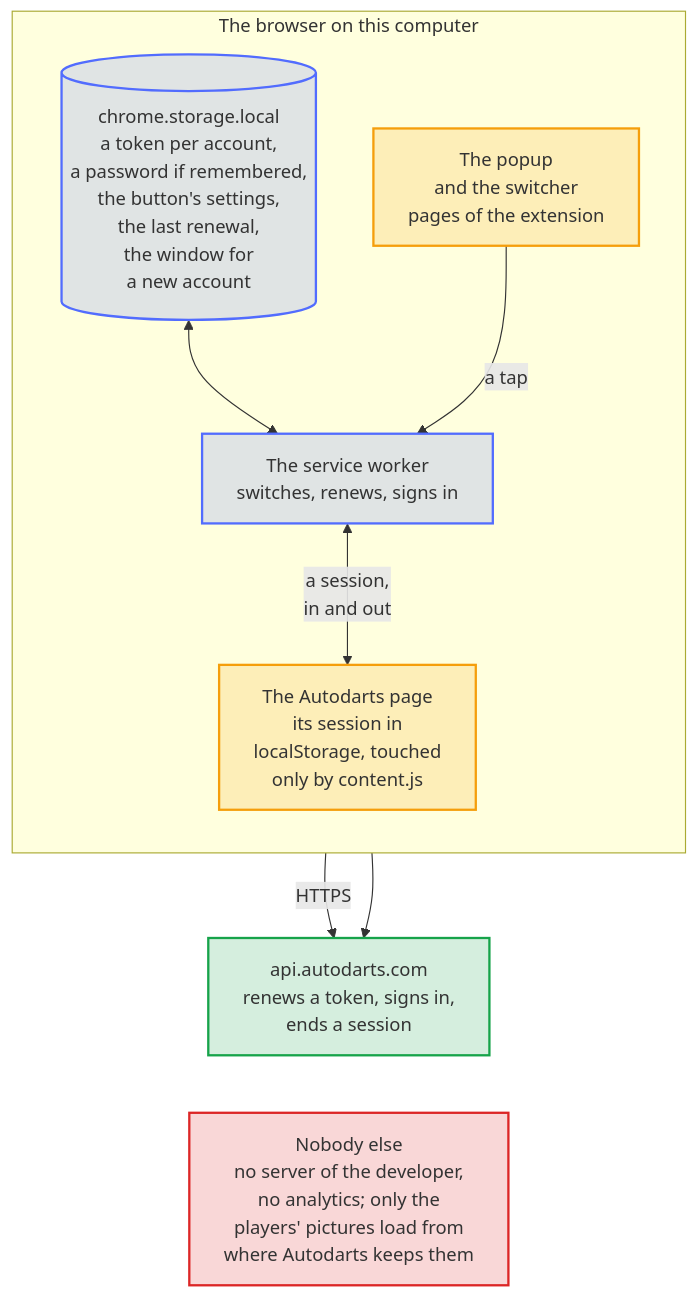
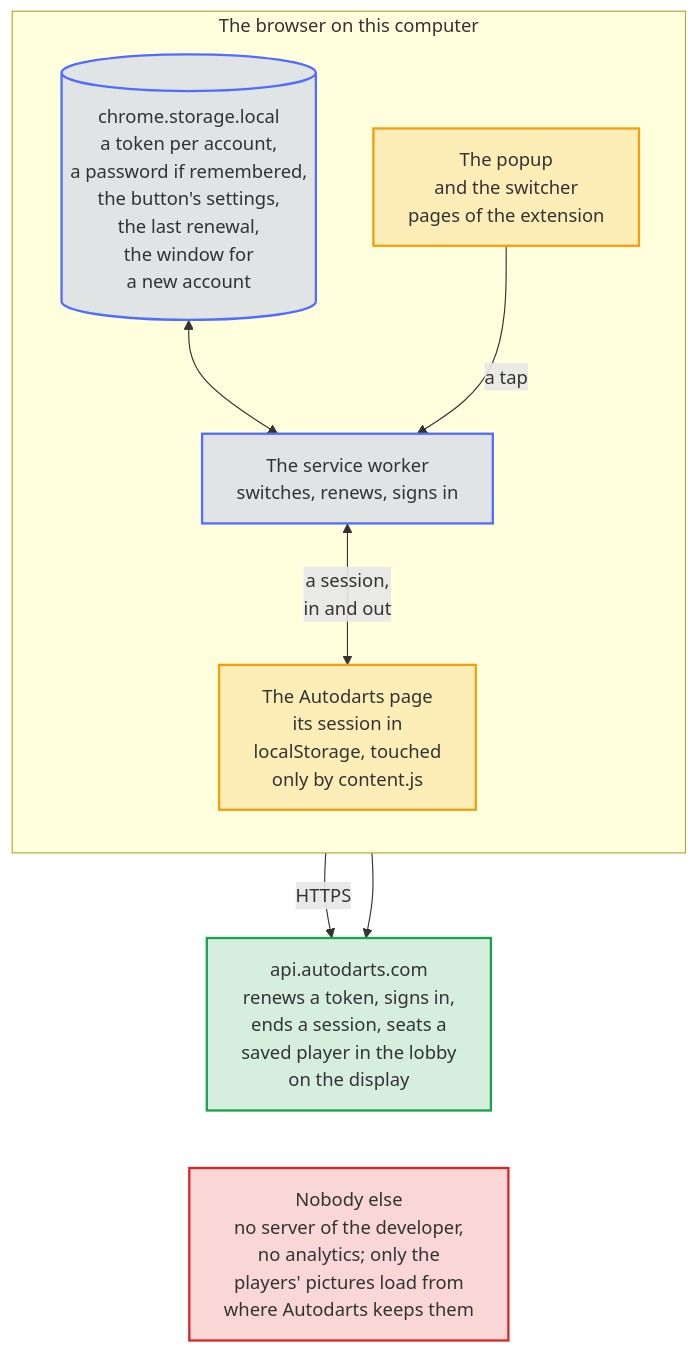
Before and after one commit to Dennis-Otto/player-switch-for-autodarts: the diagram in docs/diagrams/data-flow.mmd, drawn with Mermaid. The commit also changed 46 other files, not shown here.

First line of the commit message:
feat: Player Switch can seat a parked player in the lobby on the board (#168)

```diff
--- a/docs/diagrams/data-flow.mmd
+++ b/docs/diagrams/data-flow.mmd
@@ -1,34 +1,34 @@
 ---
 config:
   flowchart:
     wrappingWidth: 400
 ---
 flowchart TB
     accTitle: Where the data goes
-    accDescr: Everything stays in the browser on this computer. The popup and the switcher ask the service worker, which keeps a token per account, a password only when one is remembered, the settings of the button, the time of the last renewal, whether Autodarts turned every account away in it, and until when a new account is being added in chrome.storage.local. It moves a session into the Autodarts page and reads the outgoing one out of it only through content.js, the one script that reads or writes the session in the page's localStorage. To renew a token, sign in with a password or end a session, it talks to api.autodarts.com over HTTPS, the same service the Autodarts page itself uses. The popup and the switcher show each player's picture from the address Autodarts gives for it. Nothing else goes anywhere: no server of the developer, no analytics; Help and Report a problem only open a page in a new tab.
+    accDescr: Everything stays in the browser on this computer. The popup and the switcher ask the service worker, which keeps a token per account, a password only when one is remembered, the settings of the button, the time of the last renewal, whether Autodarts turned every account away in it, and until when a new account is being added in chrome.storage.local. It moves a session into the Autodarts page and reads the outgoing one out of it only through content.js, the one script that reads or writes the session in the page's localStorage. To renew a token, sign in with a password, end a session or seat a saved player in the lobby on the display, with a fresh token, the username and the account id of that player, it talks to api.autodarts.com over HTTPS, the same service the Autodarts page itself uses. The popup and the switcher show each player's picture from the address Autodarts gives for it. Nothing else goes anywhere: no server of the developer, no analytics; Help and Report a problem only open a page in a new tab.
 
     subgraph computer ["The browser on this computer"]
         direction TB
         ui["The popup<br>and the switcher<br>pages of the extension"]
         worker["The service worker<br>switches, renews, signs in"]
         storage[("chrome.storage.local<br>a token per account,<br>a password if remembered,<br>the button's settings,<br>the last renewal,<br>the window for<br>a new account")]
         page["The Autodarts page<br>its session in<br>localStorage, touched<br>only by content.js"]
         storage <--> worker
         ui -- "a tap" --> worker
         worker <-- "a session,<br>in and out" --> page
     end
-    api["api.autodarts.com<br>renews a token, signs in,<br>ends a session"]
+    api["api.autodarts.com<br>renews a token, signs in,<br>ends a session, seats a<br>saved player in the lobby<br>on the display"]
     nobody["Nobody else<br>no server of the developer,<br>no analytics; only the<br>players' pictures load from<br>where Autodarts keeps them"]
 
     worker -- "HTTPS" --> api
     page --> api
     api ~~~ nobody
 
     classDef bot fill:#526cfe2e,stroke:#526cfe,stroke-width:2px
     classDef done fill:#16a34a2e,stroke:#16a34a,stroke-width:2px
     classDef person fill:#f59e0b2e,stroke:#f59e0b,stroke-width:2px
     classDef failed fill:#dc26262e,stroke:#dc2626,stroke-width:2px
     class ui,page person
     class worker,storage bot
     class api done
     class nobody failed
```
